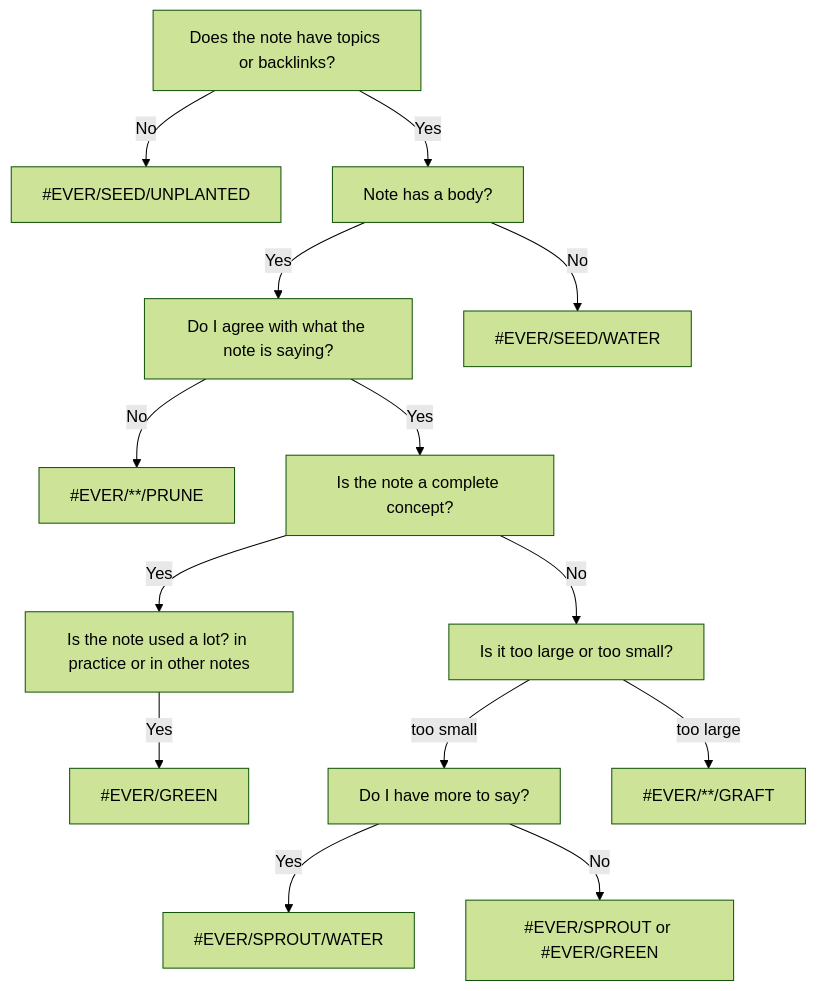
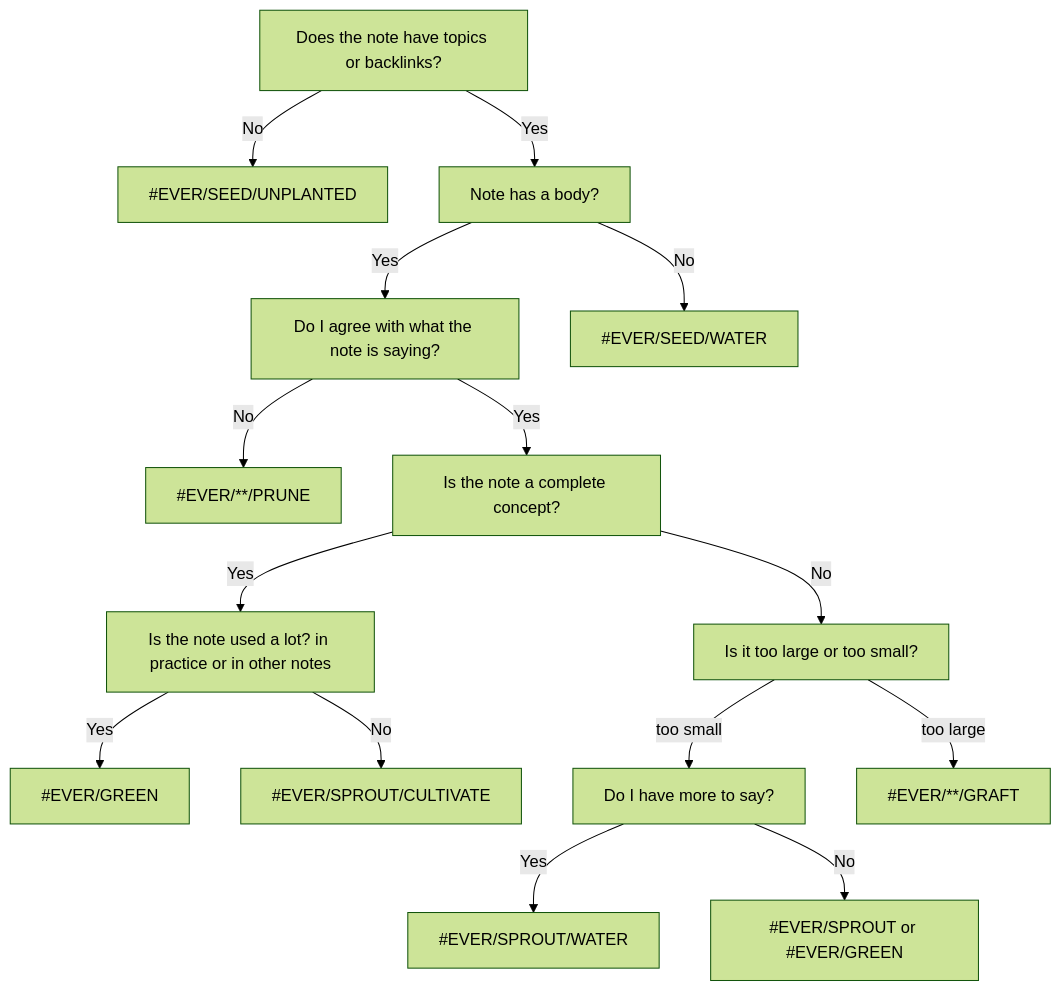
The diagram in 40_Evergreens/What makes a note evergreen.md (Aaron-Bopp/TIM), drawn with Mermaid (forest theme) before and after one commit. The commit also changed 5 other files, not shown here.

````diff
--- a/40_Evergreens/What makes a note evergreen.md
+++ b/40_Evergreens/What makes a note evergreen.md
@@ -16,16 +16,17 @@
 ```mermaid
 flowchart TB;
 Q1-->|No|#EVER/SEED/UNPLANTED
 Q1[Does the note have topics or backlinks?]-->|Yes|Q2[Note has a body?]
 Q2-->|Yes|Q3[Do I agree with what the note is saying?]
 Q2-->|No|#EVER/SEED/WATER
 Q3-->|No|WORK[#EVER/**/PRUNE]
 Q3-->|Yes|Q4[Is the note a complete concept?]
 Q5-->|Yes|#EVER/GREEN
 Q4-->|No|Q7[Is it too large or too small?]
 Q4-->|Yes|Q5[Is the note used a lot? in practice or in other notes]
+Q5-->|No|#EVER/SPROUT/CULTIVATE
 Q6-->|Yes|WATER[#EVER/SPROUT/WATER]
 Q6-->|No|STABLE[#EVER/SPROUT or #EVER/GREEN]
 Q7-->|too small|Q6[Do I have more to say?]
 Q7-->|too large|GRAFT[#EVER/**/GRAFT]
 ```
````
